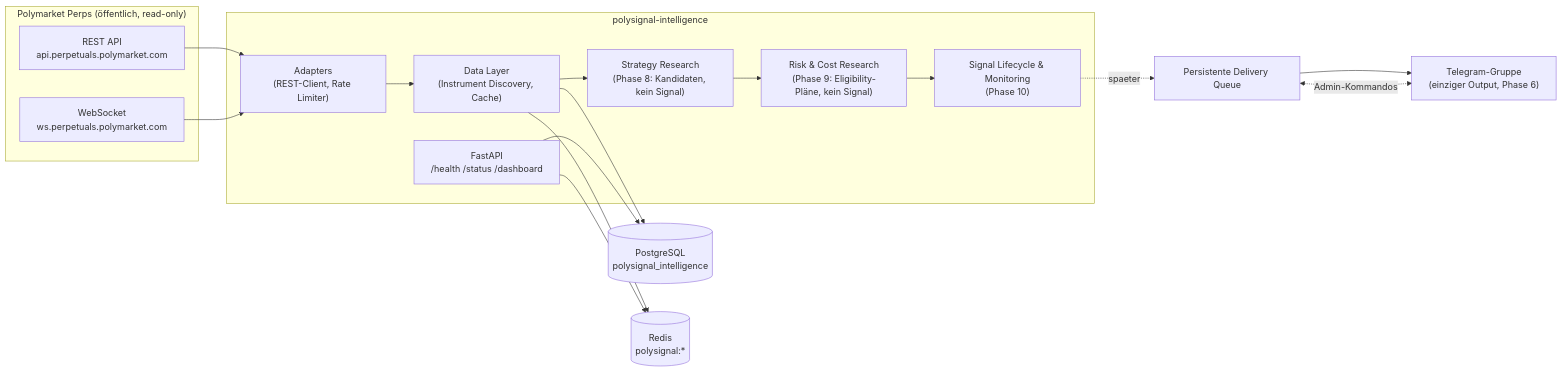
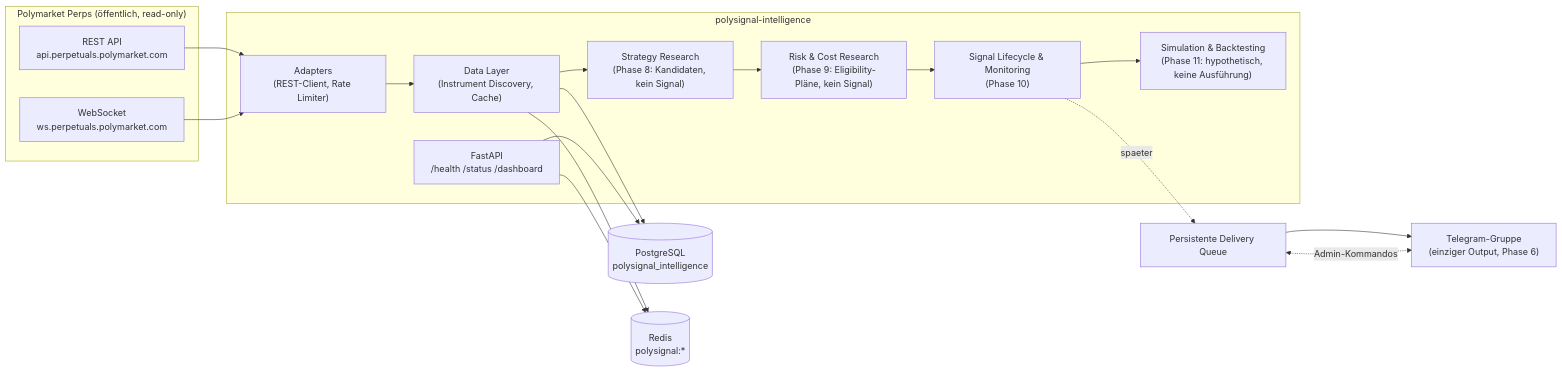
Before and after one commit to moritzkraemer290809-cell/signal-polybot: the diagram in README.md, drawn with Mermaid. The commit also changed other lines of this file and 66 other files, not shown here.

First line of the commit message:
feat(phase-11): shadow mode, historical backtesting, walk-forward analytics

````diff
--- a/README.md
+++ b/README.md
@@ -31,30 +33,31 @@
 ```mermaid
 flowchart LR
     subgraph public["Polymarket Perps (öffentlich, read-only)"]
         REST["REST API<br/>api.perpetuals.polymarket.com"]
         WS["WebSocket<br/>ws.perpetuals.polymarket.com"]
     end
 
     subgraph app["polysignal-intelligence"]
         ADP["Adapters<br/>(REST-Client, Rate Limiter)"]
         DATA["Data Layer<br/>(Instrument Discovery, Cache)"]
         STRAT["Strategy Research<br/>(Phase 8: Kandidaten, kein Signal)"]
         RISK["Risk & Cost Research<br/>(Phase 9: Eligibility-Pläne, kein Signal)"]
         MON["Signal Lifecycle & Monitoring<br/>(Phase 10)"]
+        SIM["Simulation & Backtesting<br/>(Phase 11: hypothetisch, keine Ausführung)"]
         API["FastAPI<br/>/health /status /dashboard"]
     end
 
     PG[("PostgreSQL<br/>polysignal_intelligence")]
     RD[("Redis<br/>polysignal:*")]
     TG["Telegram-Gruppe<br/>(einziger Output, Phase 6)"]
 
     REST --> ADP --> DATA
     WS --> ADP
     DATA --> PG
     DATA --> RD
-    DATA --> STRAT --> RISK --> MON
+    DATA --> STRAT --> RISK --> MON --> SIM
     MON -.spaeter.-> TGQ["Persistente Delivery Queue"] --> TG
     TGQ <-.Admin-Kommandos.-> TG
     API --> PG
     API --> RD
 ```
````
